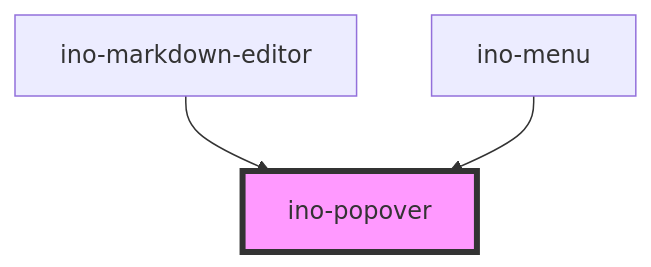
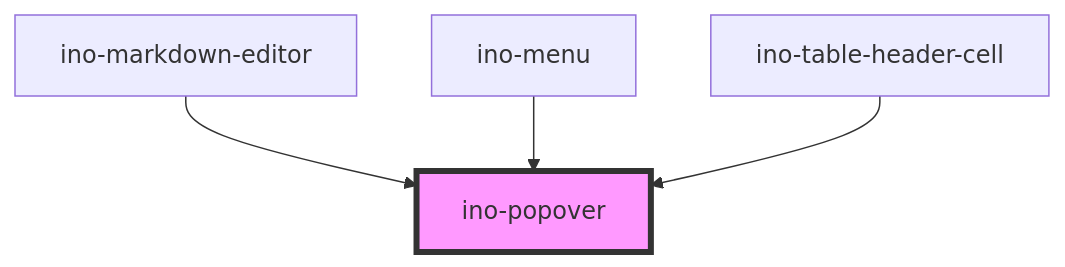
One commit to inovex/elements changed the diagram in packages/elements/src/components/ino-popover/readme.md. Above: the diagram before and after it, drawn with Mermaid. The commit also changed other lines of this file and 36 other files, not shown here.

Commit message:
feat(ino-table): add new header-cell element, remove table-row and table-cell, add styles for native elements

````diff
--- a/packages/elements/src/components/ino-popover/readme.md
+++ b/packages/elements/src/components/ino-popover/readme.md
@@ -252,6 +257,7 @@
 ```mermaid
 graph TD;
   ino-markdown-editor --> ino-popover
   ino-menu --> ino-popover
+  ino-table-header-cell --> ino-popover
   style ino-popover fill:#f9f,stroke:#333,stroke-width:4px
 ```
````
